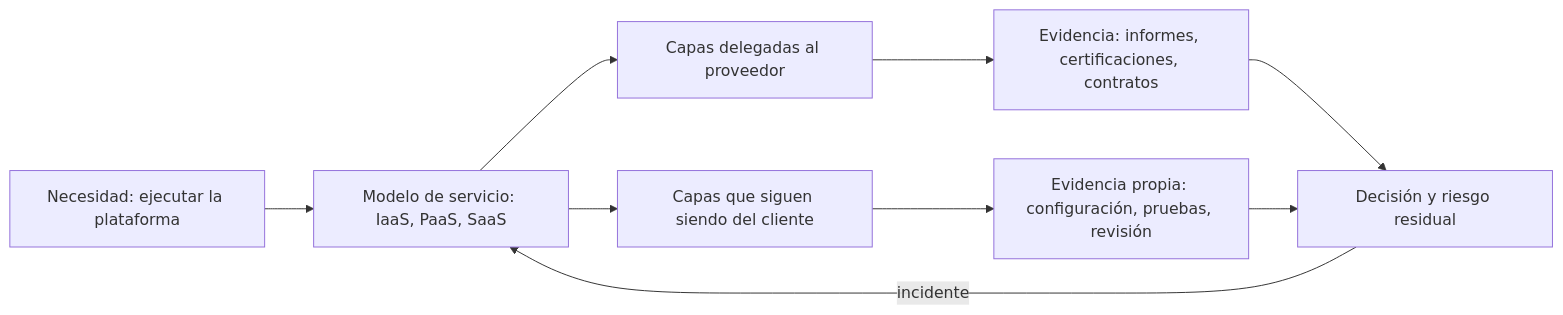
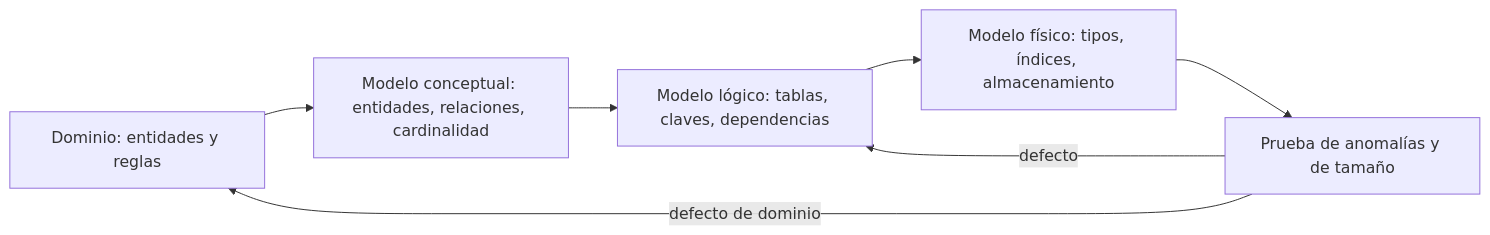
The diagram in content/part-29/SE-349.md (vladimiracunadev-create/modern-software-engineering-program), drawn with Mermaid before and after one commit. The commit also changed other lines of this file and 5193 other files, not shown here.

````diff
--- a/content/part-29/SE-349.md
+++ b/content/part-29/SE-349.md
@@ -54,11 +54,9 @@
 ```mermaid
 flowchart LR
-    A[Necesidad: ejecutar la plataforma] --> B[Modelo de servicio: IaaS, PaaS, SaaS]
-    B --> C[Capas delegadas al proveedor]
-    B --> D[Capas que siguen siendo del cliente]
-    C --> E[Evidencia: informes, certificaciones, contratos]
-    D --> F[Evidencia propia: configuración, pruebas, revisión]
-    E --> G[Decisión y riesgo residual]
-    F --> G
-    G -->|incidente| B
+    A[Dominio: entidades y reglas] --> B[Modelo conceptual: entidades, relaciones, cardinalidad]
+    B --> C[Modelo lógico: tablas, claves, dependencias]
+    C --> D[Modelo físico: tipos, índices, almacenamiento]
+    D --> E[Prueba de anomalías y de tamaño]
+    E -->|defecto| C
+    E -->|defecto de dominio| A
 ```
````
